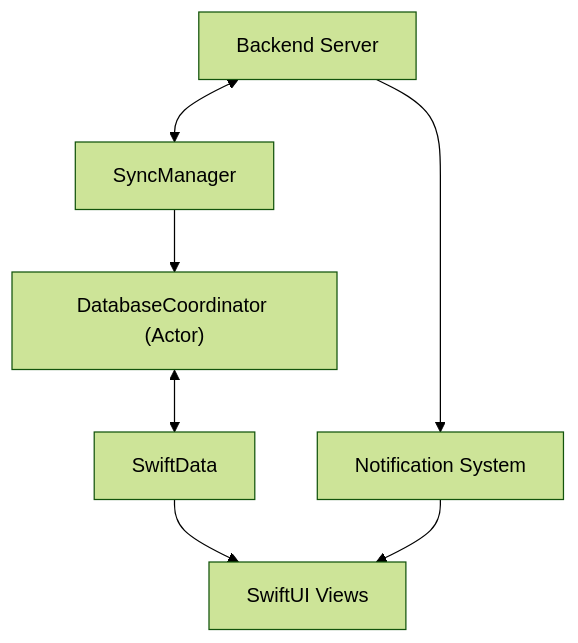
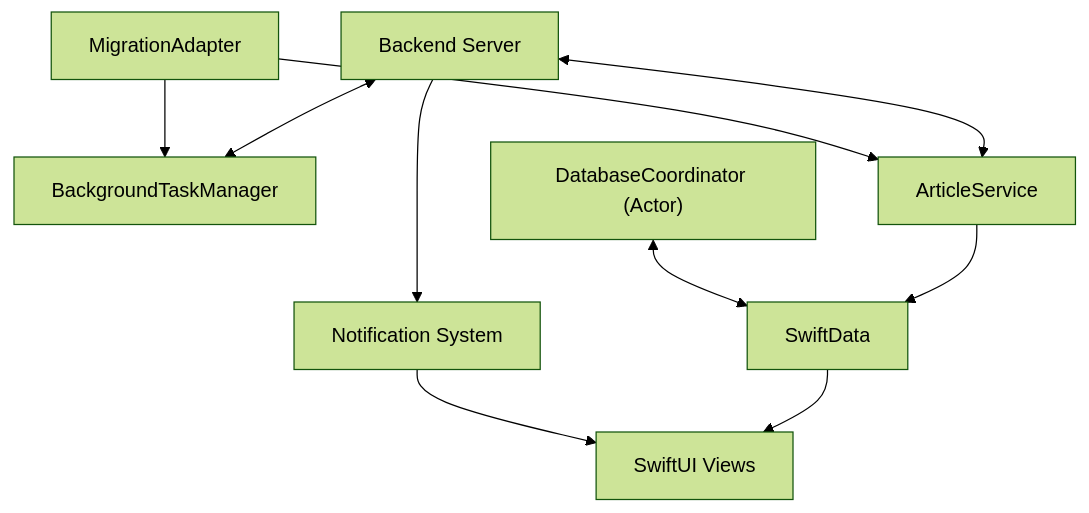
Before and after one commit to jeremyandrews/Argus-app: the first of 9 diagrams in memory-bank/systemPatterns.md, drawn with Mermaid (forest theme). The commit also changed other lines of this file and 15 other files, not shown here.

````diff
--- a/memory-bank/systemPatterns.md
+++ b/memory-bank/systemPatterns.md
@@ -10,16 +10,21 @@
 ```mermaid
 flowchart TD
     Backend["Backend Server"]
-    SyncManager["SyncManager"]
+    BGTaskManager["BackgroundTaskManager"]
+    ArticleSvc["ArticleService"]
+    MigAdapter["MigrationAdapter"]
     DbCoord["DatabaseCoordinator (Actor)"]
     LocalStorage["SwiftData"]
     NotificationSystem["Notification System"]
     UI["SwiftUI Views"]
     
-    Backend <--> SyncManager
-    SyncManager --> DbCoord
+    Backend <--> BGTaskManager
+    Backend <--> ArticleSvc
+    MigAdapter --> BGTaskManager
+    MigAdapter --> ArticleSvc
+    ArticleSvc --> LocalStorage
     DbCoord <--> LocalStorage
     LocalStorage --> UI
     Backend --> NotificationSystem
     NotificationSystem --> UI
 ```
````
